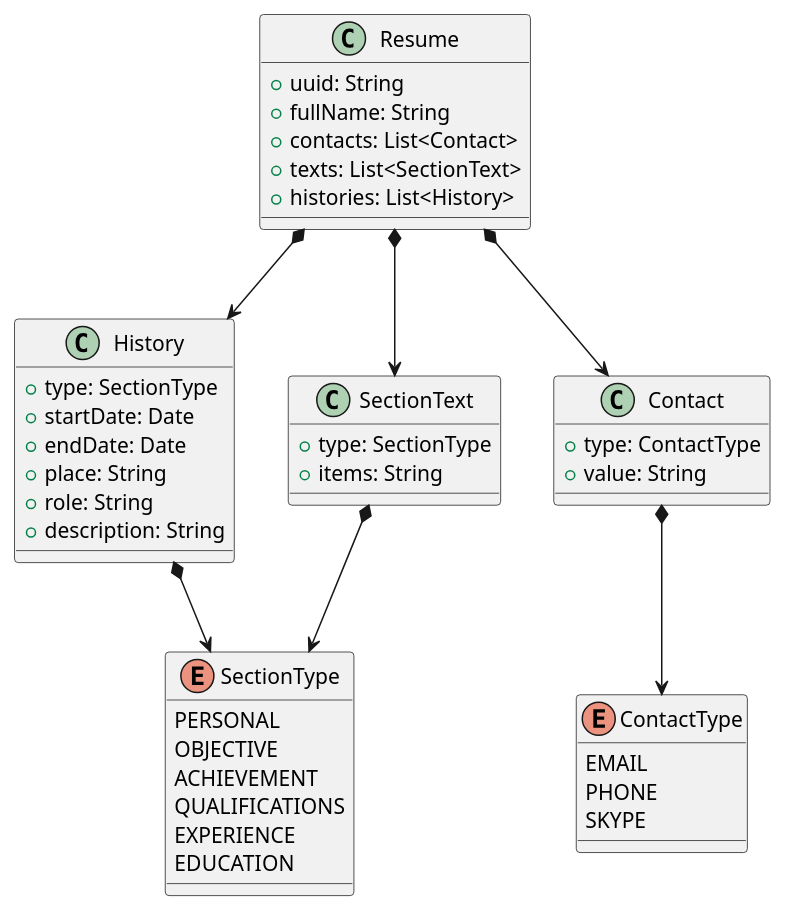
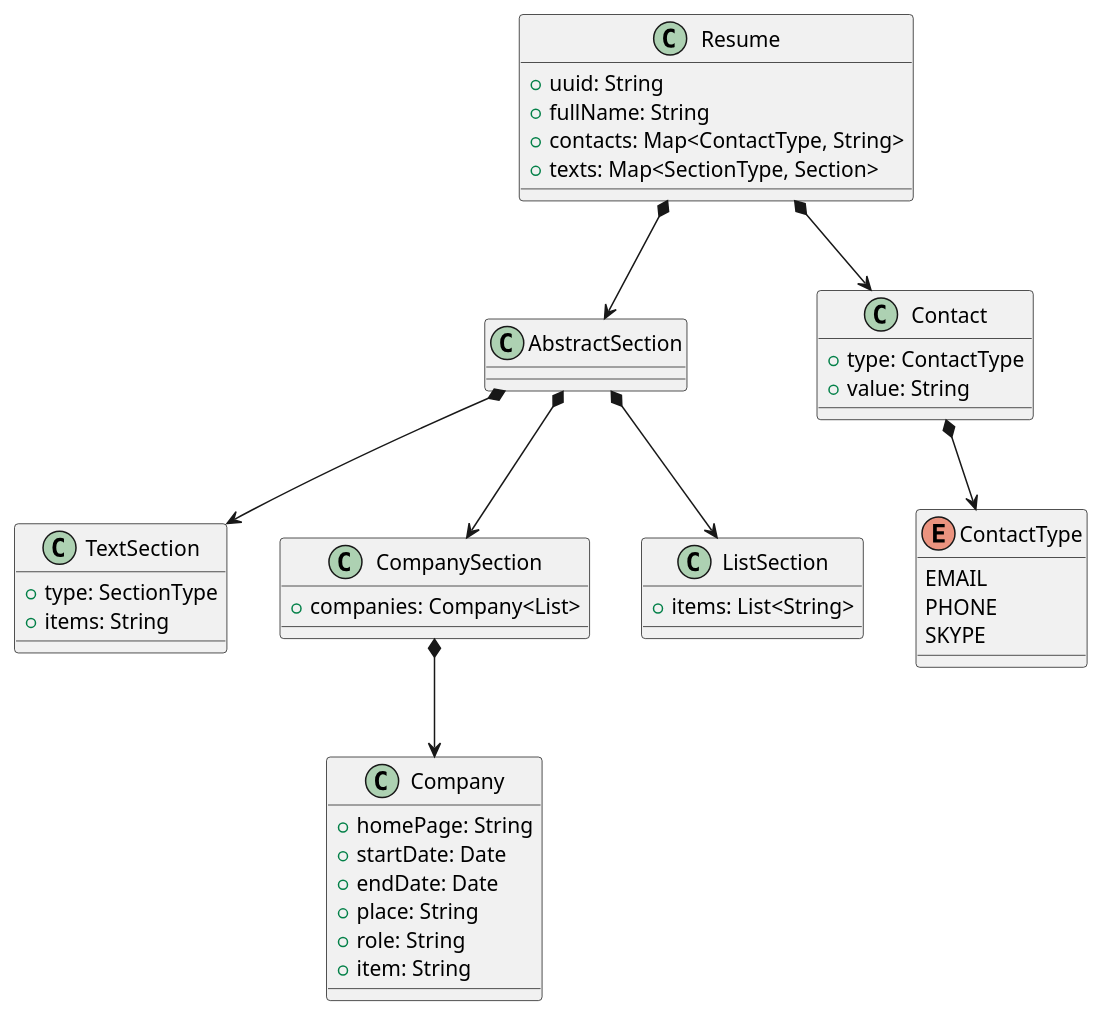
The diagram in src/com/urise/webapp/model/Resume.puml (romanzavelev/basejava), drawn with PlantUML before and after one commit. The commit also changed 8 other files, not shown here.

```diff
--- a/src/com/urise/webapp/model/Resume.puml
+++ b/src/com/urise/webapp/model/Resume.puml
@@ -1,52 +1,58 @@
 @startuml
 
 class Resume {
    + uuid: String
    + fullName: String
-   + contacts: List<Contact>
-   + texts: List<SectionText>
-   + histories: List<History>
+   + contacts: Map<ContactType, String>
+   + texts: Map<SectionType, Section>
 }
 
-class History {
-    + type: SectionType
-    + startDate: Date
-    + endDate: Date
-    + place: String
-    + role: String
-    + description: String
-    }
+class AbstractSection {}
 
-class SectionText {
-        +type: SectionType
-        +items: String
-        }
 
  class Contact {
          +type: ContactType
          +value: String
            }
 
 enum ContactType {
     EMAIL
     PHONE
     SKYPE
 }
 
-enum SectionType {
-    PERSONAL
-    OBJECTIVE
-    ACHIEVEMENT
-    QUALIFICATIONS
-    EXPERIENCE
-    EDUCATION
-    }
+class TextSection {
+        +type: SectionType
+        +items: String
+        }
 
-Resume *--> SectionText
-Resume *--> History
+class CompanySection {
+
+   + companies: Company<List>
+
+}
+
+class Company {
+    +homePage: String
+    +startDate: Date
+    +endDate: Date
+    +place: String
+    +role: String
+    +item: String
+}
+
+class ListSection {
+   +items: List<String>
+}
+
+
+
+Resume *--> AbstractSection
 Resume *--> Contact
 Contact *--> ContactType
-History *--> SectionType
-SectionText *--> SectionType
 
+AbstractSection *--> TextSection
+AbstractSection *--> CompanySection
+AbstractSection *--> ListSection
+CompanySection *--> Company
 @enduml
```
